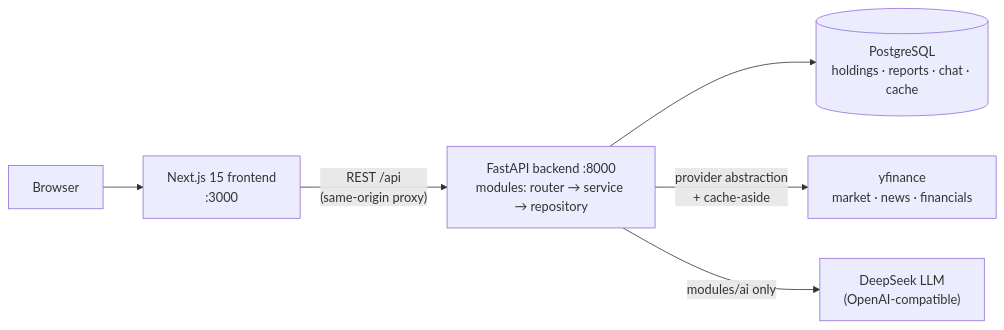
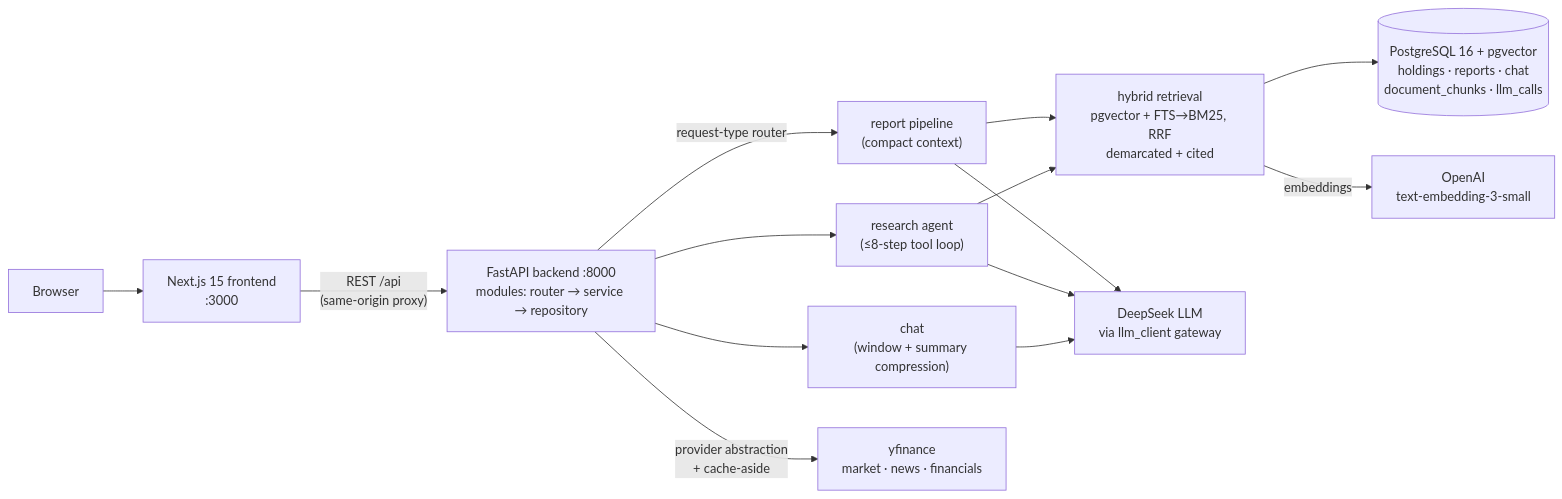
One commit to xy9iao/ai-stock-analyst changed the diagram in README.md. Above: the diagram before and after it, drawn with Mermaid. The commit also changed other lines of this file and 3 other files, not shown here.

Commit message:
close v1: mcp descoped to post-v1 add-on, maintenance mode, readme architecture diagram

````diff
--- a/README.md
+++ b/README.md
@@ -46,8 +46,16 @@
 ```mermaid
 graph LR
   B[Browser] --> FE["Next.js 15 frontend<br/>:3000"]
   FE -->|"REST /api<br/>(same-origin proxy)"| BE["FastAPI backend :8000<br/>modules: router → service → repository"]
-  BE --> DB[("PostgreSQL<br/>holdings · reports · chat · cache")]
+  BE -->|"request-type router"| PIPE["report pipeline<br/>(compact context)"]
+  BE --> AGENT["research agent<br/>(≤8-step tool loop)"]
+  BE --> CHAT["chat<br/>(window + summary compression)"]
+  PIPE --> RAG["hybrid retrieval<br/>pgvector + FTS→BM25, RRF<br/>demarcated + cited"]
+  AGENT --> RAG
+  PIPE --> LLM["DeepSeek LLM<br/>via llm_client gateway"]
+  AGENT --> LLM
+  CHAT --> LLM
+  RAG --> DB[("PostgreSQL 16 + pgvector<br/>holdings · reports · chat<br/>document_chunks · llm_calls")]
   BE -->|"provider abstraction<br/>+ cache-aside"| EXT["yfinance<br/>market · news · financials"]
-  BE -->|"modules/ai only"| LLM["DeepSeek LLM<br/>(OpenAI-compatible)"]
+  RAG -->|"embeddings"| EMB["OpenAI<br/>text-embedding-3-small"]
 ```
````
